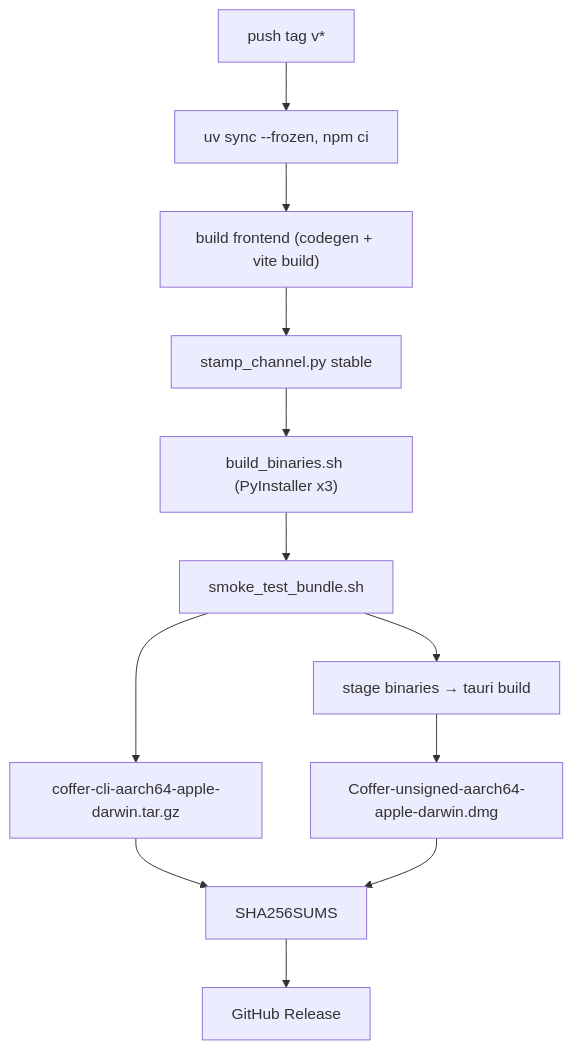
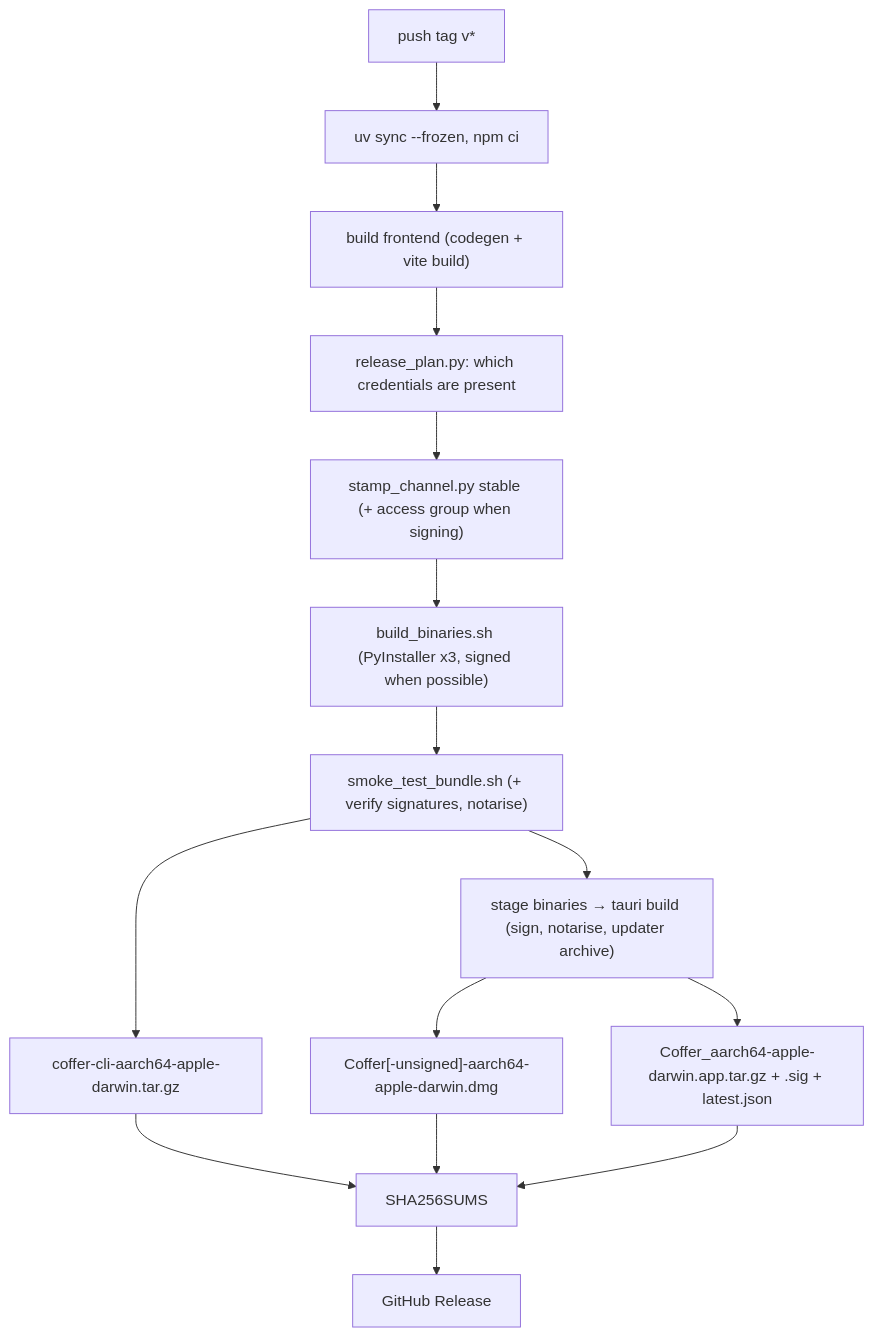
One commit to wyx-sg/Coffer changed the first of 4 diagrams in docs-site/architecture/distribution.md. Above: the diagram before and after it, drawn with Mermaid. The commit also changed other lines of this file and 77 other files, not shown here.

````diff
--- a/docs-site/architecture/distribution.md
+++ b/docs-site/architecture/distribution.md
@@ -58,14 +60,17 @@
 ```mermaid
 flowchart TD
     T["push tag v*"] --> I["uv sync --frozen, npm ci"]
     I --> F["build frontend (codegen + vite build)"]
-    F --> S["stamp_channel.py stable"]
-    S --> B["build_binaries.sh (PyInstaller x3)"]
-    B --> K["smoke_test_bundle.sh"]
+    F --> P["release_plan.py: which credentials are present"]
+    P --> S["stamp_channel.py stable (+ access group when signing)"]
+    S --> B["build_binaries.sh (PyInstaller x3, signed when possible)"]
+    B --> K["smoke_test_bundle.sh (+ verify signatures, notarise)"]
     K --> A["coffer-cli-aarch64-apple-darwin.tar.gz"]
-    K --> D["stage binaries → tauri build"]
-    D --> G["Coffer-unsigned-aarch64-apple-darwin.dmg"]
+    K --> D["stage binaries → tauri build (sign, notarise, updater archive)"]
+    D --> G["Coffer[-unsigned]-aarch64-apple-darwin.dmg"]
+    D --> U["Coffer_aarch64-apple-darwin.app.tar.gz + .sig + latest.json"]
     A --> H["SHA256SUMS"]
     G --> H
+    U --> H
     H --> R["GitHub Release"]
 ```
````
